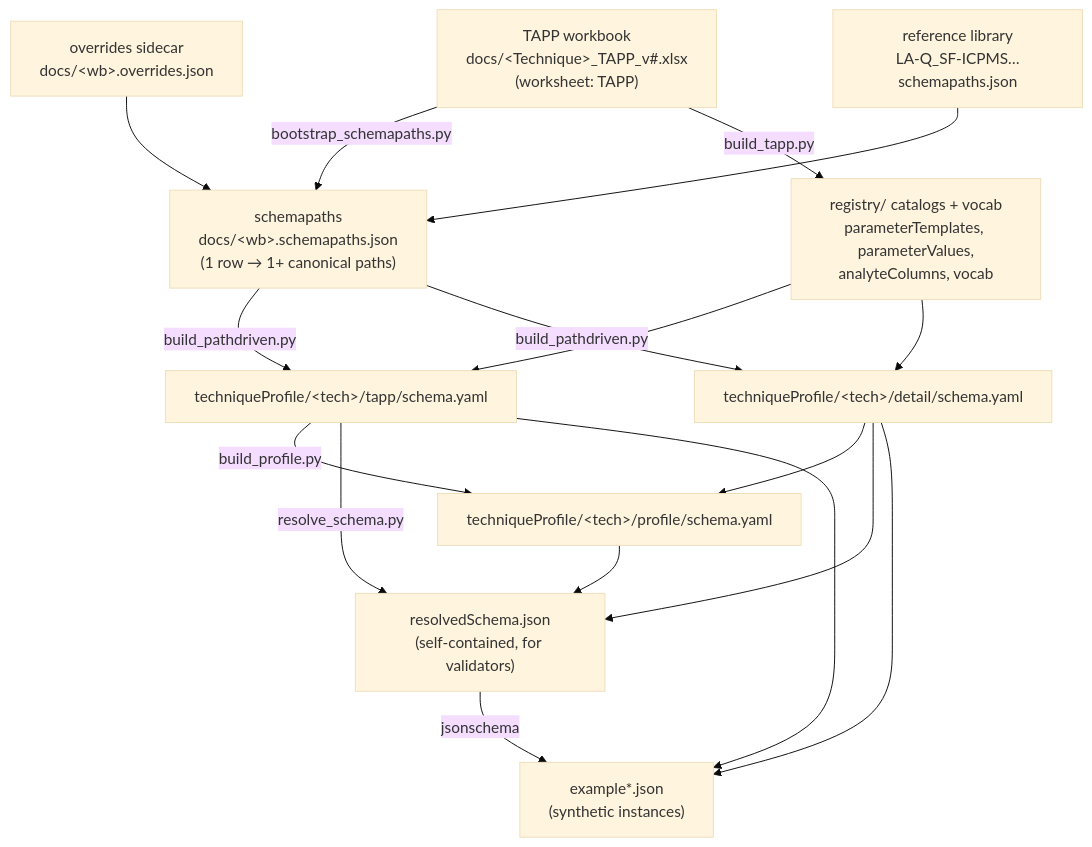
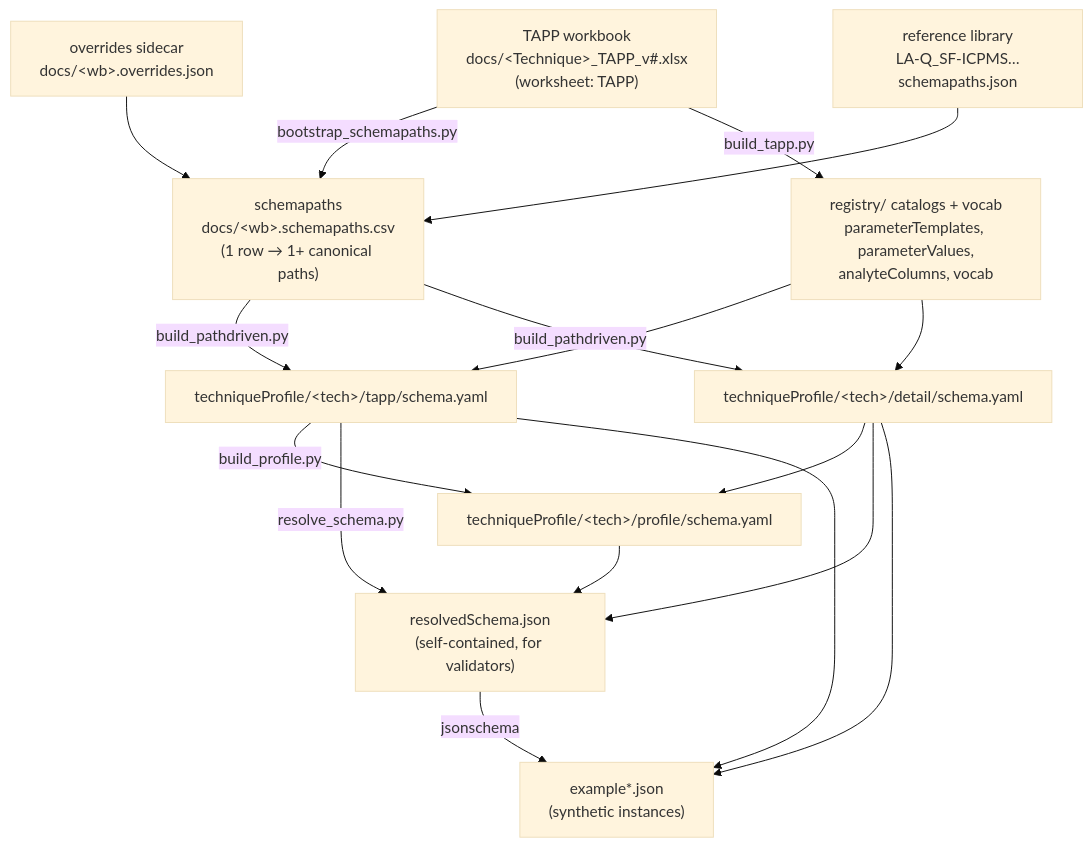
The diagram in docs/TAPP-schema-generation-workflow.md (amds-ldeo/geochemBuildingBlocks), drawn with Mermaid (base theme) before and after one commit. The commit also changed other lines of this file and 5 other files, not shown here.

````diff
--- a/docs/TAPP-schema-generation-workflow.md
+++ b/docs/TAPP-schema-generation-workflow.md
@@ -27,30 +27,30 @@
 ```mermaid
 flowchart TD
     XLSX["TAPP workbook<br/>docs/&lt;Technique&gt;_TAPP_v#.xlsx<br/>(worksheet: TAPP)"]
     OV["overrides sidecar<br/>docs/&lt;wb&gt;.overrides.json"]
     LIB["reference library<br/>LA-Q_SF-ICPMS…schemapaths.json"]
-    SP["schemapaths<br/>docs/&lt;wb&gt;.schemapaths.json<br/>(1 row → 1+ canonical paths)"]
+    SP["schemapaths<br/>docs/&lt;wb&gt;.schemapaths.csv<br/>(1 row → 1+ canonical paths)"]
     REG["registry/ catalogs + vocab<br/>parameterTemplates, parameterValues,<br/>analyteColumns, vocab"]
     TAPP["techniqueProfile/&lt;tech&gt;/tapp/schema.yaml"]
     DET["techniqueProfile/&lt;tech&gt;/detail/schema.yaml"]
     PROF["techniqueProfile/&lt;tech&gt;/profile/schema.yaml"]
     RES["resolvedSchema.json<br/>(self-contained, for validators)"]
     EX["example*.json<br/>(synthetic instances)"]
 
     XLSX -->|bootstrap_schemapaths.py| SP
     OV --> SP
     LIB --> SP
     XLSX -->|build_tapp.py| REG
     SP -->|build_pathdriven.py| TAPP
     SP -->|build_pathdriven.py| DET
     REG --> TAPP
     REG --> DET
     TAPP -->|build_profile.py| PROF
     DET --> PROF
     TAPP -->|resolve_schema.py| RES
     DET --> RES
     PROF --> RES
     TAPP --> EX
     DET --> EX
     RES -->|jsonschema| EX
 ```
````
